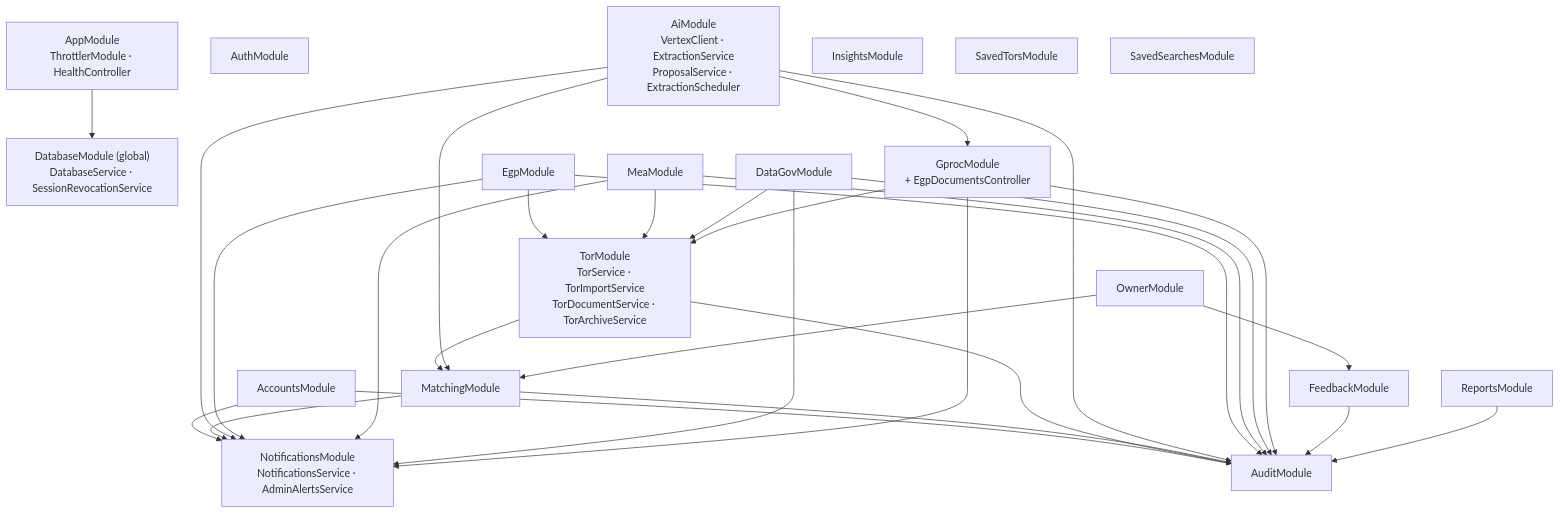
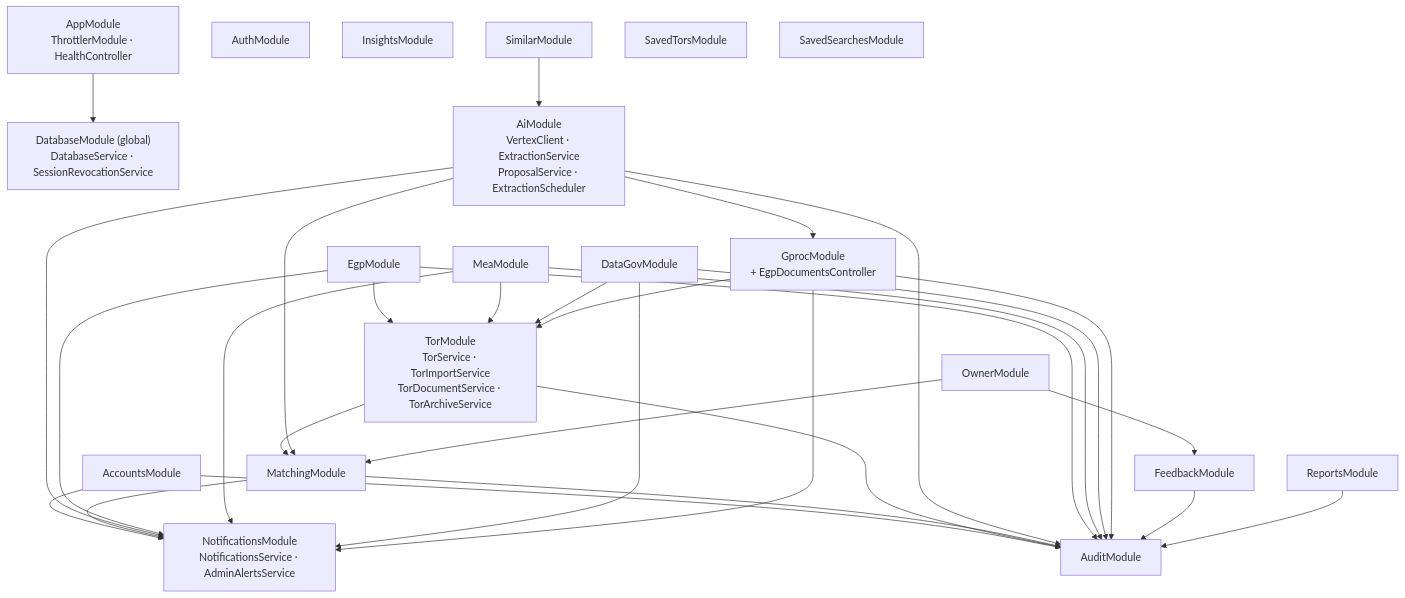
Before and after one commit to PhomMaiWai/TorFinder: the second of 2 diagrams in docs/design/system-architecture.md, drawn with Mermaid. The commit also changed 1 other file, not shown here.

Commit message:
docs: add find similar TORs to the architecture overview

````diff
--- a/docs/design/system-architecture.md
+++ b/docs/design/system-architecture.md
@@ -91,36 +91,38 @@
 ```mermaid
 flowchart TB
     App["AppModule<br/>ThrottlerModule · HealthController"]
     DBM["DatabaseModule (global)<br/>DatabaseService · SessionRevocationService"]
 
     Auth["AuthModule"]
     Accounts["AccountsModule"]
     Tor["TorModule<br/>TorService · TorImportService<br/>TorDocumentService · TorArchiveService"]
     Matching["MatchingModule"]
     Ai["AiModule<br/>VertexClient · ExtractionService<br/>ProposalService · ExtractionScheduler"]
     Egp["EgpModule"]
     Mea["MeaModule"]
     DataGov["DataGovModule"]
     Gproc["GprocModule<br/>+ EgpDocumentsController"]
     Feedback["FeedbackModule"]
     Reports["ReportsModule"]
     Insights["InsightsModule"]
+    Similar["SimilarModule"]
     Owner["OwnerModule"]
     SavedTors["SavedTorsModule"]
     SavedSearches["SavedSearchesModule"]
     Notifications["NotificationsModule<br/>NotificationsService · AdminAlertsService"]
     Audit["AuditModule"]
 
     App --> DBM
     Accounts --> Notifications & Audit
     Tor --> Matching & Audit
     Matching --> Notifications & Audit
     Ai --> Gproc & Matching & Notifications & Audit
     Egp --> Tor & Notifications & Audit
     Mea --> Tor & Notifications & Audit
     DataGov --> Tor & Notifications & Audit
     Gproc --> Tor & Notifications & Audit
     Owner --> Matching & Feedback
     Feedback --> Audit
     Reports --> Audit
+    Similar --> Ai
 ```
````
